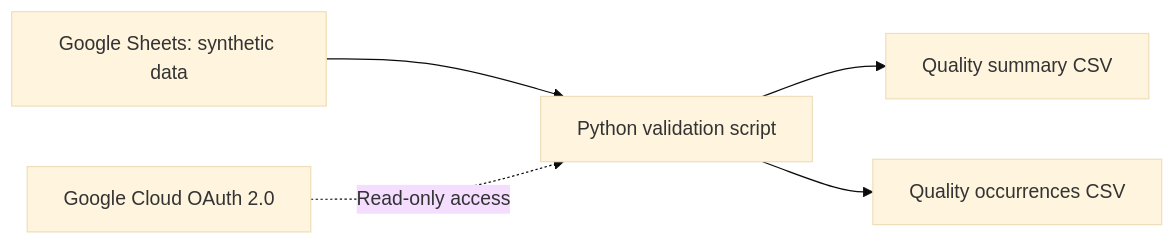
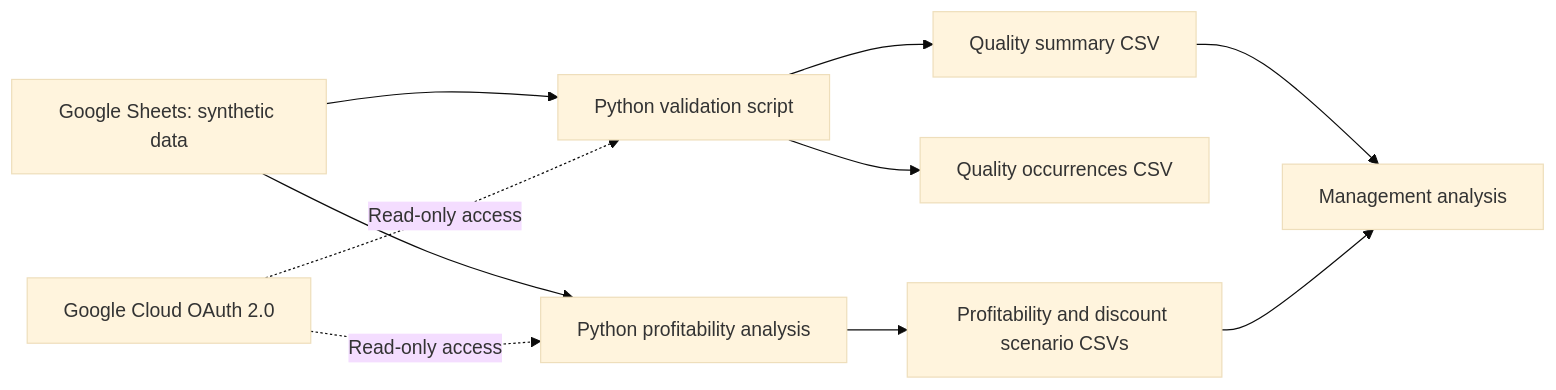
One commit to wagner-stoffel/ws-02-retail-intelligence changed the diagram in README.md. Above: the diagram before and after it, drawn with Mermaid (base theme). The commit also changed other lines of this file, not shown here.

Commit message:
docs: update portfolio overview for profitability analysis milestone

````diff
--- a/README.md
+++ b/README.md
@@ -19,7 +19,12 @@
 ```mermaid
 flowchart LR
     A[Google Sheets: synthetic data] --> B[Python validation script]
     C[Google Cloud OAuth 2.0] -. Read-only access .-> B
     B --> D[Quality summary CSV]
     B --> E[Quality occurrences CSV]
+    A --> F[Python profitability analysis]
+    C -. Read-only access .-> F
+    F --> G[Profitability and discount scenario CSVs]
+    D --> H[Management analysis]
+    G --> H
 ```
````
